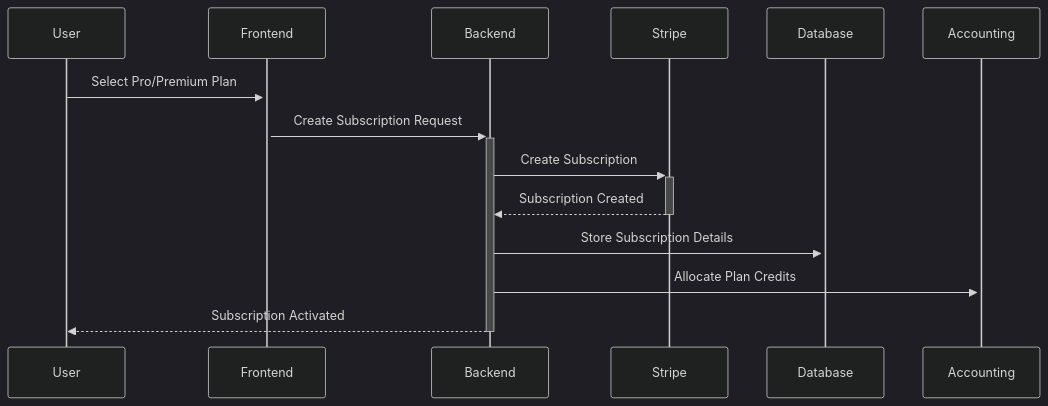
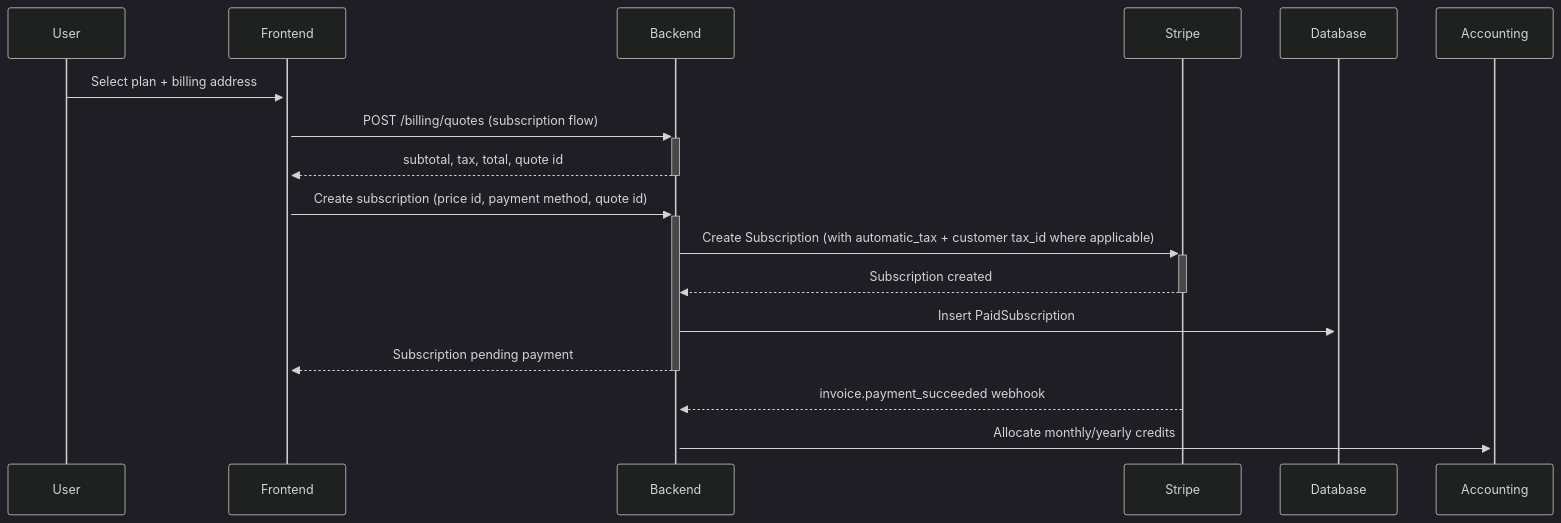
The fifth of 8 diagrams in SUBSCRIPTION.md (openbraininstitute/virtual-lab-api), drawn with Mermaid (dark theme) before and after one commit. The commit also changed other lines of this file and 1 other file, not shown here.

Commit message:
chore: update readme and subscription documentation

````diff
--- a/SUBSCRIPTION.md
+++ b/SUBSCRIPTION.md
@@ -112,10 +288,13 @@
 ```mermaid
 sequenceDiagram
-    User->>+Frontend: Select Pro/Premium Plan
-    Frontend->>+Backend: Create Subscription Request
-    Backend->>+Stripe: Create Subscription
-    Stripe-->>-Backend: Subscription Created
-    Backend->>+Database: Store Subscription Details
-    Backend->>+Accounting: Allocate Plan Credits
-    Backend-->>-User: Subscription Activated
+    User->>+Frontend: Select plan + billing address
+    Frontend->>+Backend: POST /billing/quotes (subscription flow)
+    Backend-->>-Frontend: subtotal, tax, total, quote id
+    Frontend->>+Backend: Create subscription (price id, payment method, quote id)
+    Backend->>+Stripe: Create Subscription (with automatic_tax + customer tax_id where applicable)
+    Stripe-->>-Backend: Subscription created
+    Backend->>+Database: Insert PaidSubscription
+    Backend-->>-Frontend: Subscription pending payment
+    Stripe-->>+Backend: invoice.payment_succeeded webhook
+    Backend->>+Accounting: Allocate monthly/yearly credits
 ```
````
